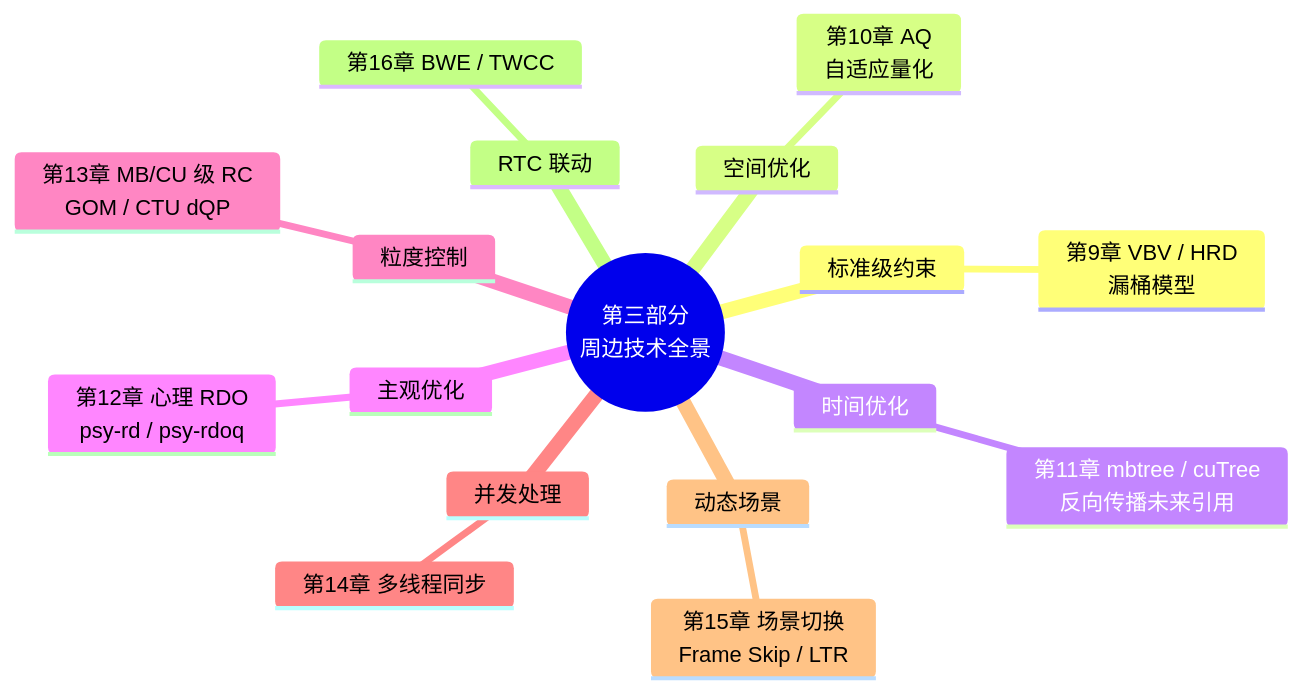
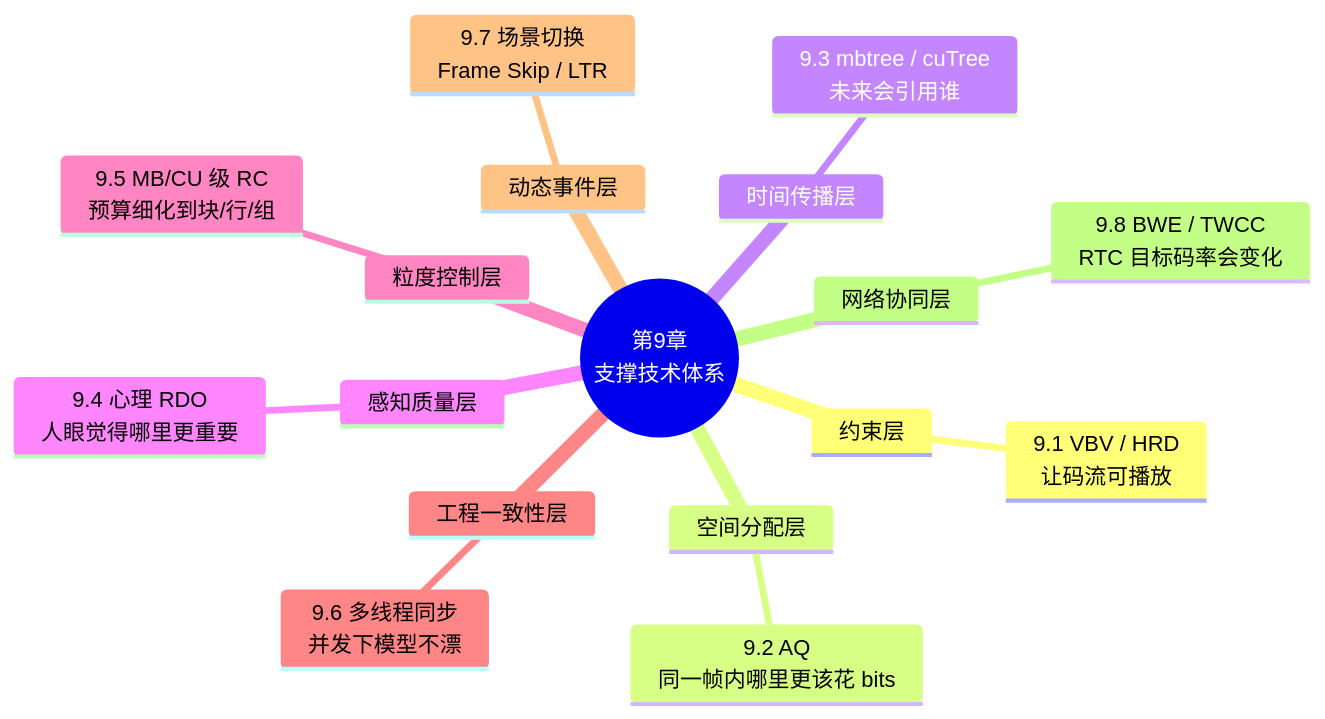
One commit to bertowang/StudyNotes changed diagram 14 of 25 in 视频编码码控深入浅出-九大开源编码器对比与统一模型.md. Above: the diagram before and after it, drawn with Mermaid. The commit also changed other lines of this file, not shown here.

````diff
--- a/视频编码码控深入浅出-九大开源编码器对比与统一模型.md
+++ b/视频编码码控深入浅出-九大开源编码器对比与统一模型.md
@@ -1293,20 +1924,20 @@
 ```mermaid
 mindmap
-  root((第三部分<br/>周边技术全景))
-    标准级约束
-      第9章 VBV / HRD<br/>漏桶模型
-    空间优化
-      第10章 AQ<br/>自适应量化
-    时间优化
-      第11章 mbtree / cuTree<br/>反向传播未来引用
-    主观优化
-      第12章 心理 RDO<br/>psy-rd / psy-rdoq
-    粒度控制
-      第13章 MB/CU 级 RC<br/>GOM / CTU dQP
-    并发处理
-      第14章 多线程同步
-    动态场景
-      第15章 场景切换<br/>Frame Skip / LTR
-    RTC 联动
-      第16章 BWE / TWCC
+  root((第9章<br/>支撑技术体系))
+    约束层
+      9.1 VBV / HRD<br/>让码流可播放
+    空间分配层
+      9.2 AQ<br/>同一帧内哪里更该花 bits
+    时间传播层
+      9.3 mbtree / cuTree<br/>未来会引用谁
+    感知质量层
+      9.4 心理 RDO<br/>人眼觉得哪里更重要
+    粒度控制层
+      9.5 MB/CU 级 RC<br/>预算细化到块/行/组
+    工程一致性层
+      9.6 多线程同步<br/>并发下模型不漂
+    动态事件层
+      9.7 场景切换<br/>Frame Skip / LTR
+    网络协同层
+      9.8 BWE / TWCC<br/>RTC 目标码率会变化
 ```
````
